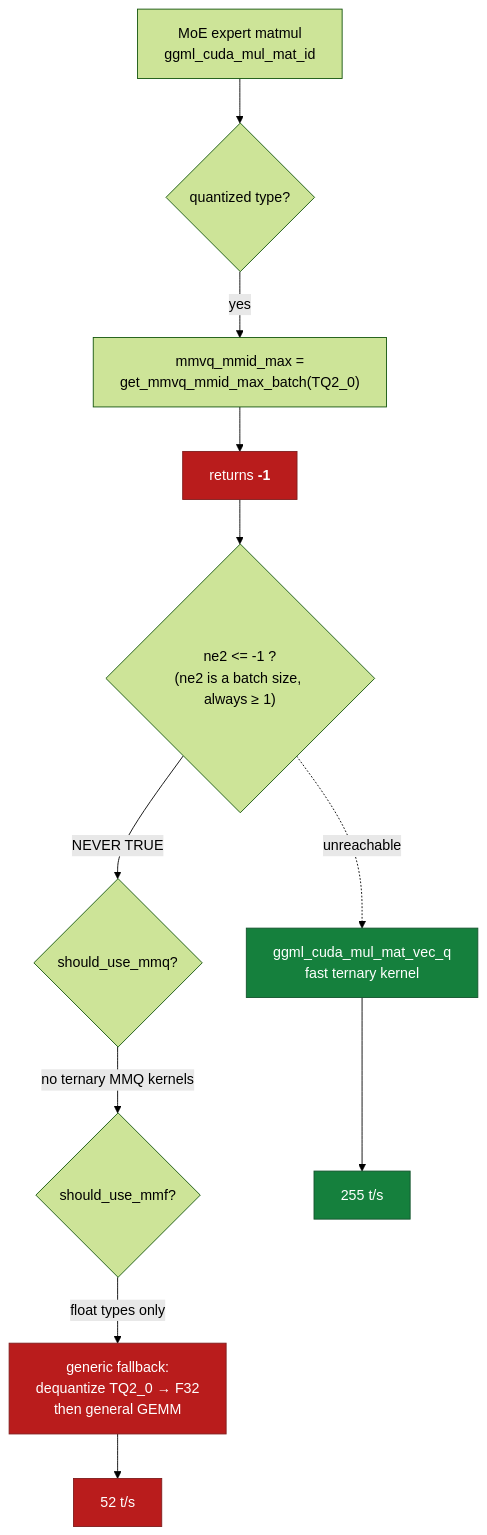
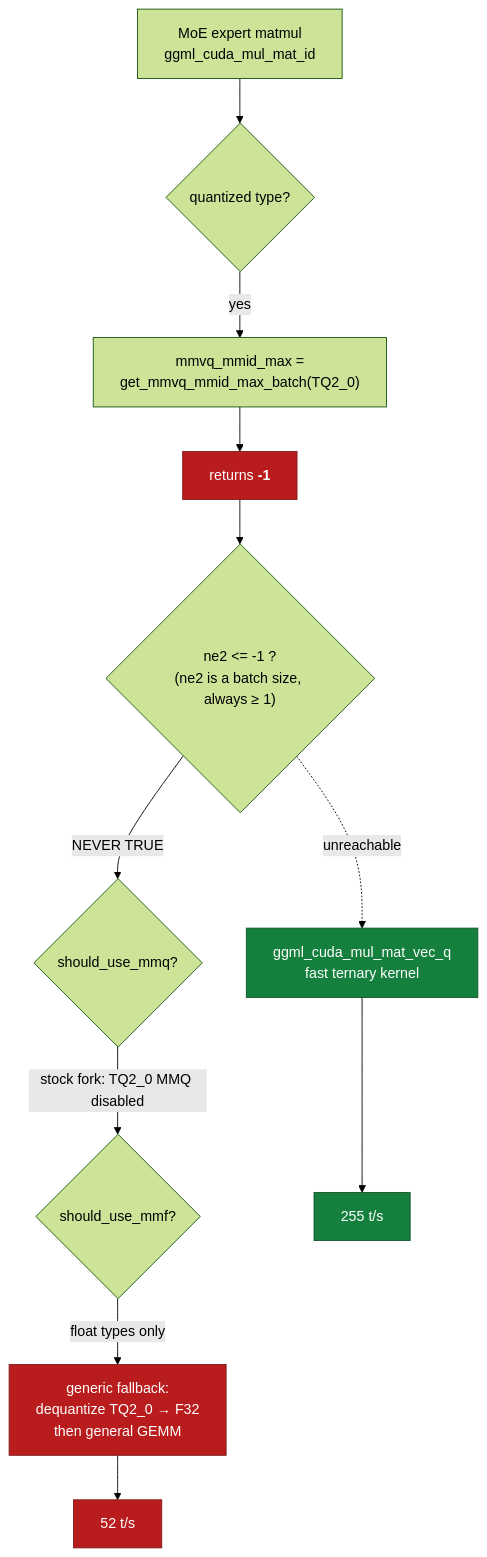
One commit to PascalAI2024/maple-preview-windows-cuda changed the fourth of 7 diagrams in README.md. Above: the diagram before and after it, drawn with Mermaid (forest theme). The commit also changed other lines of this file and 23 other files, not shown here.

````diff
--- a/README.md
+++ b/README.md
@@ -240,21 +265,21 @@
 ```mermaid
 flowchart TD
     A["MoE expert matmul<br/>ggml_cuda_mul_mat_id"] --> B{"quantized type?"}
     B -->|yes| C["mmvq_mmid_max =<br/>get_mmvq_mmid_max_batch(TQ2_0)"]
     C --> D["returns <b>-1</b>"]
     D --> E{"ne2 &lt;= -1 ?<br/>(ne2 is a batch size, always ≥ 1)"}
     E -->|"NEVER TRUE"| F{"should_use_mmq?"}
     E -.->|"unreachable"| G["ggml_cuda_mul_mat_vec_q<br/>fast ternary kernel"]
 
-    F -->|"no ternary MMQ kernels"| H{"should_use_mmf?"}
+    F -->|"stock fork: TQ2_0 MMQ disabled"| H{"should_use_mmf?"}
     H -->|"float types only"| I["generic fallback:<br/>dequantize TQ2_0 → F32<br/>then general GEMM"]
 
     I --> J["52 t/s"]
     G --> K["255 t/s"]
 
     style D fill:#b91c1c,stroke:#7f1d1d,color:#fff
     style I fill:#b91c1c,stroke:#7f1d1d,color:#fff
     style J fill:#b91c1c,stroke:#7f1d1d,color:#fff
     style G fill:#15803d,stroke:#14532d,color:#fff
     style K fill:#15803d,stroke:#14532d,color:#fff
 ```
````
